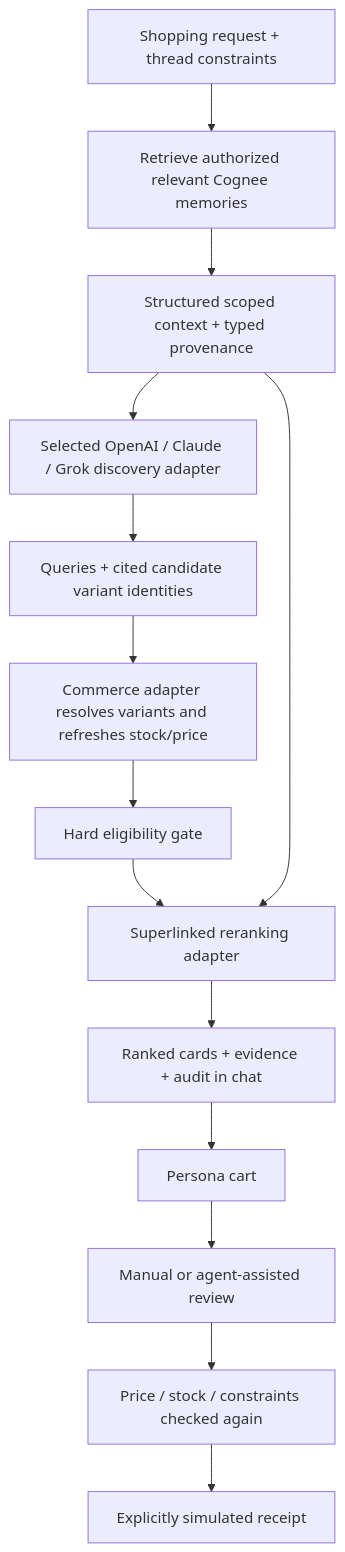
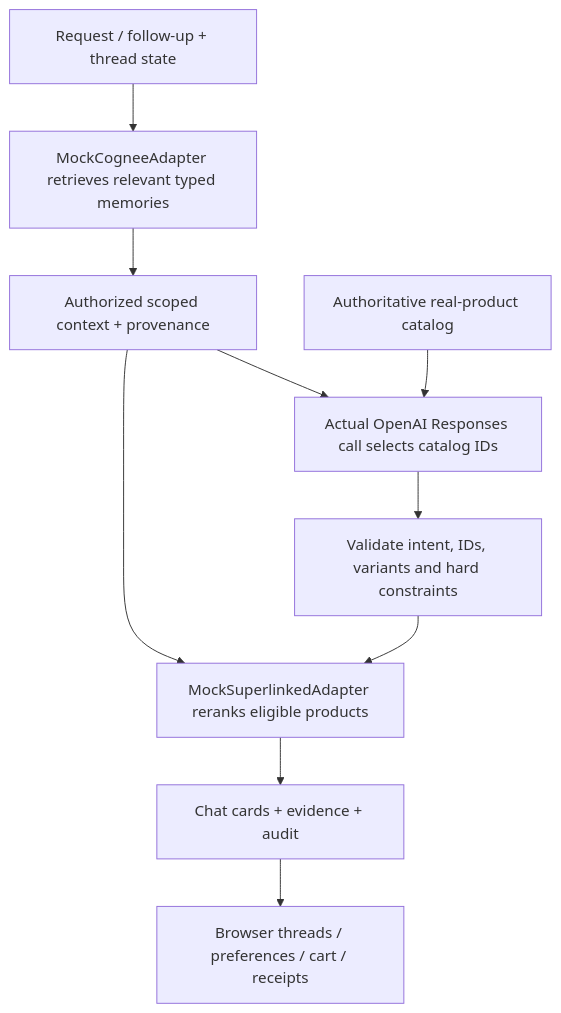
The diagram in README.md (daynkng/shopping), drawn with Mermaid before and after one commit. The commit also changed other lines of this file and 51 other files, not shown here.

Commit message:
Build Vercel shopping demo with real products and OpenAI follow-ups

````diff
--- a/README.md
+++ b/README.md
@@ -35,16 +64,12 @@
 ```mermaid
 flowchart TD
-    Request[Shopping request + thread constraints] --> Cognee[Retrieve authorized relevant Cognee memories]
-    Cognee --> Scope[Structured scoped context + typed provenance]
-    Scope --> Agent[Selected OpenAI / Claude / Grok discovery adapter]
-    Agent --> Candidates[Queries + cited candidate variant identities]
-    Candidates --> Verify[Commerce adapter resolves variants and refreshes stock/price]
-    Verify --> Filter[Hard eligibility gate]
-    Filter --> Rank[Superlinked reranking adapter]
-    Scope --> Rank
-    Rank --> Chat[Ranked cards + evidence + audit in chat]
-    Chat --> Cart[Persona cart]
-    Cart --> Review[Manual or agent-assisted review]
-    Review --> Recheck[Price / stock / constraints checked again]
-    Recheck --> Receipt[Explicitly simulated receipt]
+  User[Request / follow-up + thread state] --> Cognee[MockCogneeAdapter retrieves relevant typed memories]
+  Cognee --> Context[Authorized scoped context + provenance]
+  Context --> OpenAI[Actual OpenAI Responses call selects catalog IDs]
+  Catalog[Authoritative real-product catalog] --> OpenAI
+  OpenAI --> Validate[Validate intent, IDs, variants and hard constraints]
+  Validate --> Superlinked[MockSuperlinkedAdapter reranks eligible products]
+  Context --> Superlinked
+  Superlinked --> Chat[Chat cards + evidence + audit]
+  Chat --> Browser[Browser threads / preferences / cart / receipts]
 ```
````
